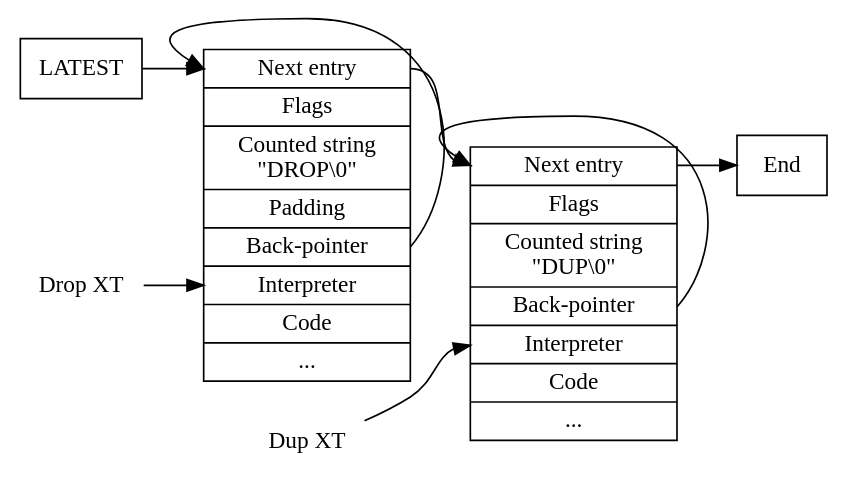
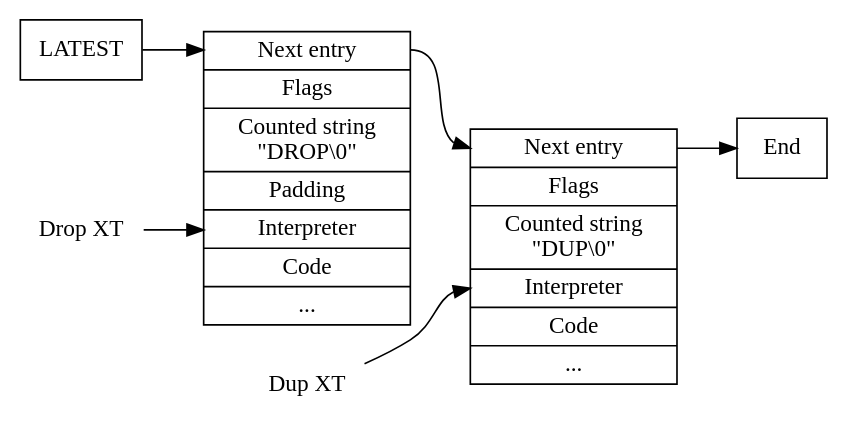
The second of 2 diagrams in pi-bootstrap.org (KoviRobi/simple-forth), drawn with Graphviz before and after one commit. The commit also changed other lines of this file and 16 other files, not shown here.

```diff
--- a/pi-bootstrap.org
+++ b/pi-bootstrap.org
@@ -174,21 +173,19 @@
 #+BEGIN_SRC dot :file forth-dictionary.png :cache yes
 digraph {
   rankdir=LR;
   node [shape="record"];
 
   DROP_XT [label="Drop XT", shape=none];
   DUP_XT [label="Dup XT", shape=none];
-  DROP [label="<0> Next entry | Flags |Counted string\n\"DROP\\0\" | Padding | <1> Back-pointer | <xt> Interpreter | Code | ..."];
-  DUP [label="<0> Next entry | Flags | Counted string\n\"DUP\\0\" | <1> Back-pointer | <xt> Interpreter | Code | ..."];
+  DROP [label="<0> Next entry | Flags |Counted string\n\"DROP\\0\" | Padding | <xt> Interpreter | Code | ..."];
+  DUP [label="<0> Next entry | Flags | Counted string\n\"DUP\\0\" | <xt> Interpreter | Code | ..."];
 
   LAST_ENTRY [label="End"];
 
   LATEST -> DROP:0
   DROP_XT -> DROP:xt
-  DROP:1:e -> DROP:0:w
   DUP_XT -> DUP:xt
   DROP:0 -> DUP:0
-  DUP:1:e -> DUP:0:w
   DUP:0 -> LAST_ENTRY
 }
 #+END_SRC
```
